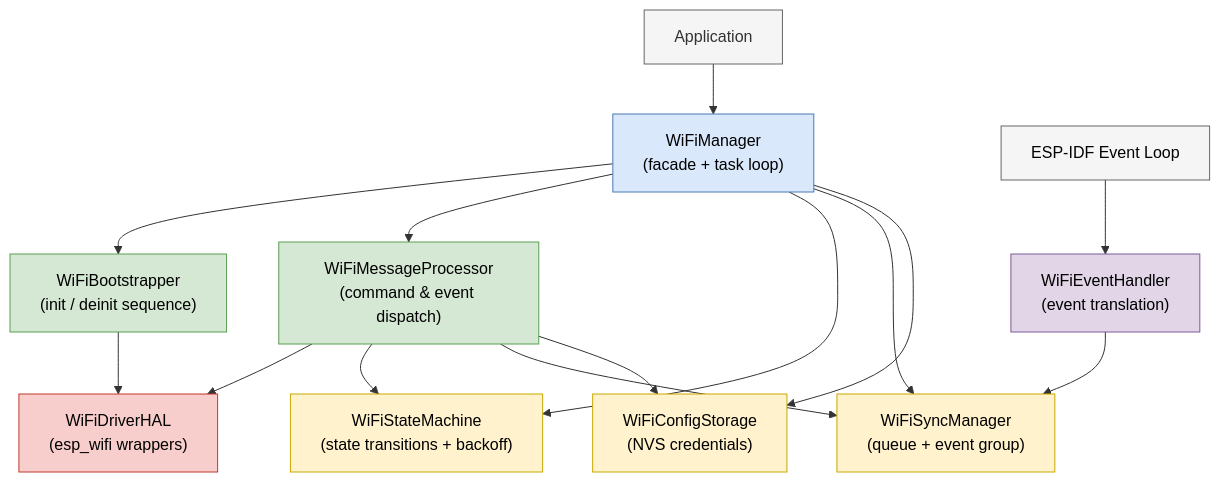
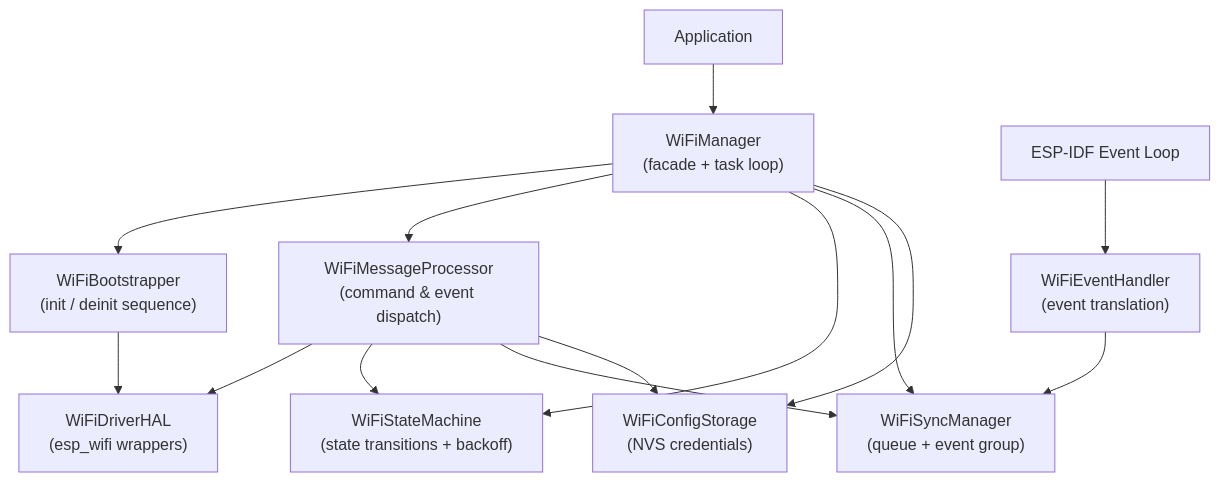
The first of 4 diagrams in DESIGN.md (aluiziotomazelli/wifi_manager), drawn with Mermaid before and after one commit. The commit also changed 1 other file, not shown here.

Commit message:
doc: removed color from mermaids

````diff
--- a/DESIGN.md
+++ b/DESIGN.md
@@ -11,30 +11,20 @@
 ```mermaid
 graph TD
     App["Application"] --> WM["WiFiManager\n(facade + task loop)"]
 
     WM --> BS["WiFiBootstrapper\n(init / deinit sequence)"]
     WM --> MP["WiFiMessageProcessor\n(command & event dispatch)"]
     WM --> SM["WiFiStateMachine\n(state transitions + backoff)"]
     WM --> SY["WiFiSyncManager\n(queue + event group)"]
     WM --> ST["WiFiConfigStorage\n(NVS credentials)"]
 
     BS --> HAL["WiFiDriverHAL\n(esp_wifi wrappers)"]
     MP --> HAL
     MP --> SM
     MP --> SY
     MP --> ST
 
     EV["ESP-IDF Event Loop"] --> EH["WiFiEventHandler\n(event translation)"]
     EH --> SY
 
-    style App fill:#f5f5f5,stroke:#666
-    style WM  fill:#dae8fc,stroke:#4a7ab5, color:#000000
-    style BS  fill:#d5e8d4,stroke:#5a9e52, color:#000000
-    style MP  fill:#d5e8d4,stroke:#5a9e52, color:#000000
-    style SM  fill:#fff2cc,stroke:#c9a800, color:#000000
-    style SY  fill:#fff2cc,stroke:#c9a800, color:#000000
-    style ST  fill:#fff2cc,stroke:#c9a800, color:#000000
-    style HAL fill:#f8cecc,stroke:#c0392b, color:#000000
-    style EH  fill:#e1d5e7,stroke:#7d5a9a, color:#000000
-    style EV  fill:#f5f5f5,stroke:#666, color:#000000
 ```
````
